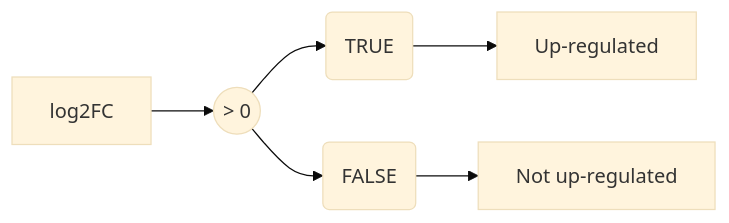
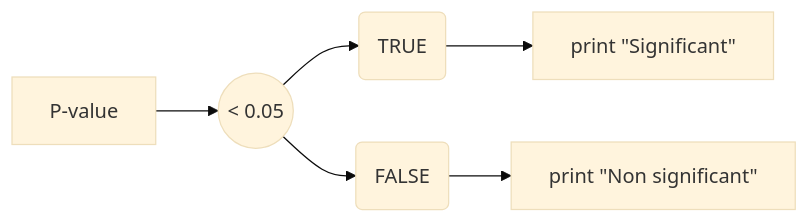
One commit to InforBio/ioc-r-2026 changed the second of 3 diagrams in ioc_r/week04/r_w04_slides.qmd. Above: the diagram before and after it, drawn with Mermaid (base theme). The commit also changed other lines of this file and 1 other file, not shown here.

````diff
--- a/ioc_r/week04/r_w04_slides.qmd
+++ b/ioc_r/week04/r_w04_slides.qmd
@@ -347,10 +347,10 @@
 ```{mermaid}
 %%| echo: false
 %%| fig-width: 10
 flowchart LR
-  AA[log2FC] --> A((&gt; 0))
+  AA[P-value] --> A((&lt; 0.05))
   A --> B(TRUE)
   A --> C(FALSE)
-  B --> D[Up-regulated]
-  C --> E[Not up-regulated]
+  B --> D[print &quot;Significant&quot;]
+  C --> E[print &quot;Non significant&quot;]
 ```
````
